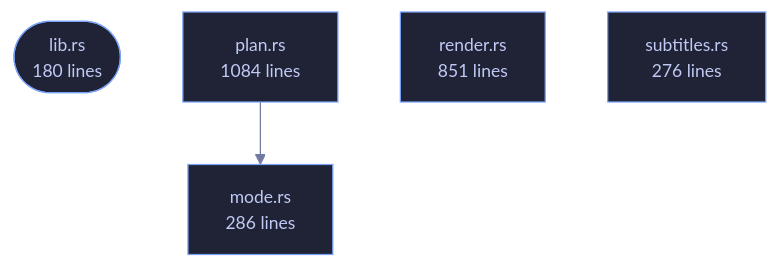
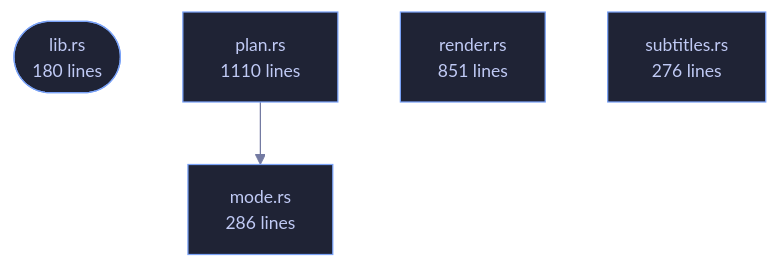
Before and after one commit to tilas01/veilvoice: the diagram in crates/veilvoice-conversation/README.md, drawn with Mermaid. The commit also changed other lines of this file and 40 other files, not shown here.

````diff
--- a/crates/veilvoice-conversation/README.md
+++ b/crates/veilvoice-conversation/README.md
@@ -104,15 +104,15 @@
 ```mermaid
 %%{init: {"theme":"base","themeVariables":{"background":"#1a1b26","primaryColor":"#1f2335","primaryTextColor":"#c0caf5","primaryBorderColor":"#7aa2f7","secondaryColor":"#16161e","tertiaryColor":"#16161e","lineColor":"#737aa2","textColor":"#c0caf5","mainBkg":"#1f2335","nodeBorder":"#7aa2f7","clusterBkg":"#16161e","clusterBorder":"#2f3549","fontFamily":"ui-monospace, SFMono-Regular, Consolas, monospace","fontSize":"14px"}}}%%
 flowchart TD
     n_lib(["lib.rs<br/>180 lines"])
     n_mode["mode.rs<br/>286 lines"]
-    n_plan["plan.rs<br/>1084 lines"]
+    n_plan["plan.rs<br/>1110 lines"]
     n_render["render.rs<br/>851 lines"]
     n_subtitles["subtitles.rs<br/>276 lines"]
     n_plan --> n_mode
     click n_lib href "https://github.com/tilas01/veilvoice/blob/main/crates/veilvoice-conversation/src/lib.rs" "open the source"
     click n_mode href "https://github.com/tilas01/veilvoice/blob/main/crates/veilvoice-conversation/src/mode.rs" "open the source"
     click n_plan href "https://github.com/tilas01/veilvoice/blob/main/crates/veilvoice-conversation/src/plan.rs" "open the source"
     click n_render href "https://github.com/tilas01/veilvoice/blob/main/crates/veilvoice-conversation/src/render.rs" "open the source"
     click n_subtitles href "https://github.com/tilas01/veilvoice/blob/main/crates/veilvoice-conversation/src/subtitles.rs" "open the source"
 ```
````
